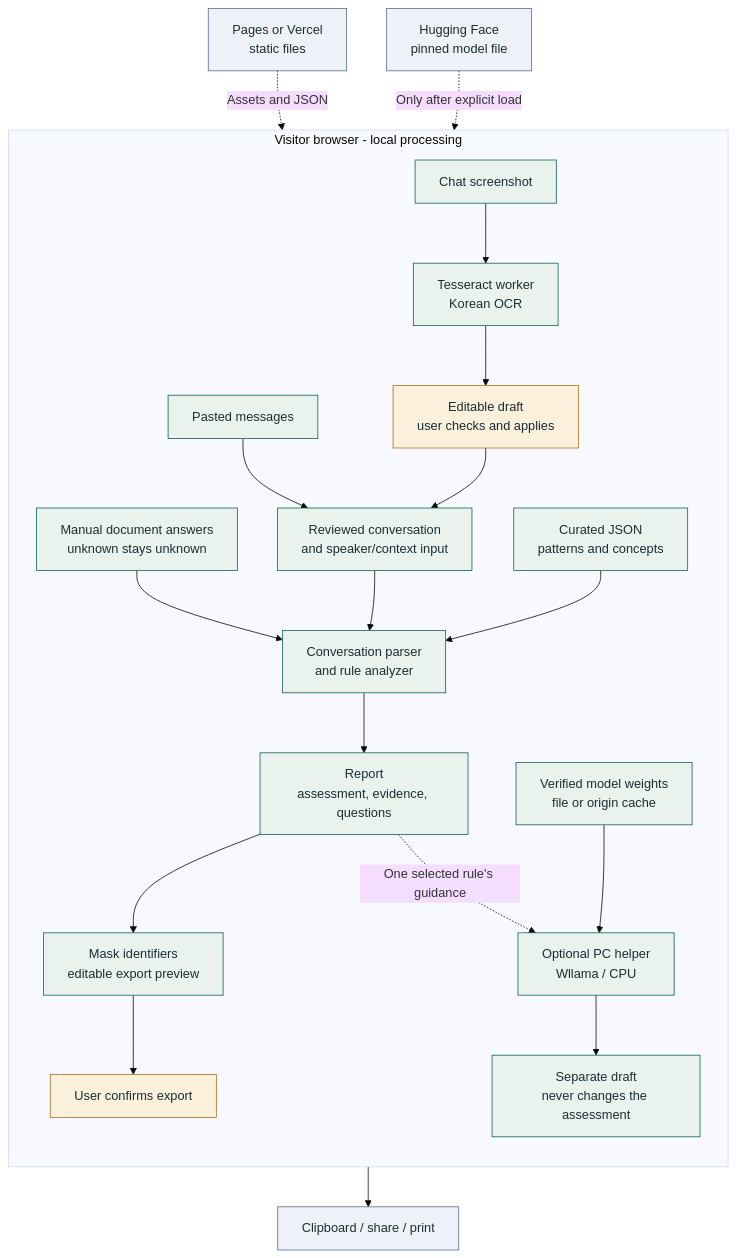
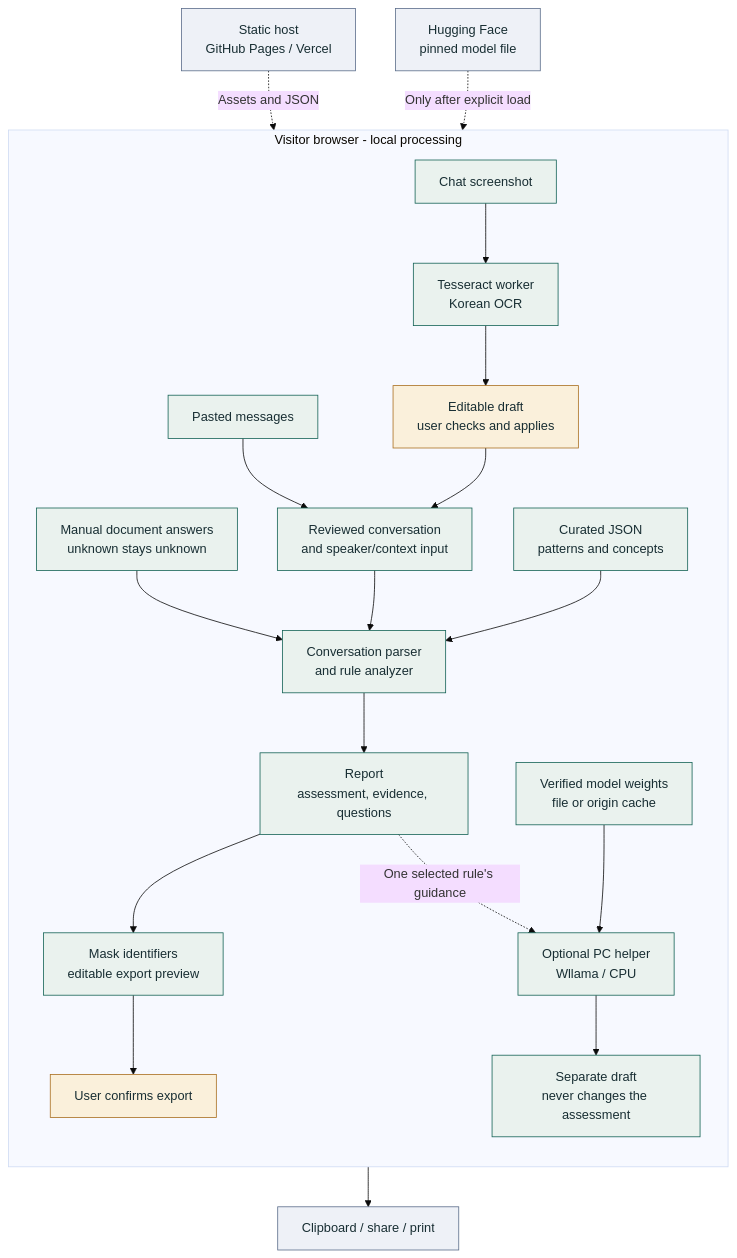
Before and after one commit to S0lluxx26/Project_web_student_support: the second of 4 diagrams in manual/PROJECT_GUIDE.md, drawn with Mermaid (base theme). The commit also changed other lines of this file and 60 other files, not shown here.

````diff
--- a/manual/PROJECT_GUIDE.md
+++ b/manual/PROJECT_GUIDE.md
@@ -191,28 +200,28 @@
 ```mermaid
 flowchart TB
   subgraph Browser["Visitor browser - local processing"]
     direction TB
     Text["Pasted messages"] --> Reviewed["Reviewed conversation<br/>and speaker/context input"]
     Shot["Chat screenshot"] --> OCR["Tesseract worker<br/>Korean OCR"]
     OCR --> Review["Editable draft<br/>user checks and applies"]
     Review --> Reviewed
     Docs["Manual document answers<br/>unknown stays unknown"] --> Rules
     Reviewed --> Rules["Conversation parser<br/>and rule analyzer"]
     Data["Curated JSON<br/>patterns and concepts"] --> Rules
     Rules --> Report["Report<br/>assessment, evidence, questions"]
     Report --> Redact["Mask identifiers<br/>editable export preview"]
     Redact --> Confirm["User confirms export"]
     Report -.->|One selected rule's guidance| AI["Optional PC helper<br/>Wllama / CPU"]
     Weights["Verified model weights<br/>file or origin cache"] --> AI
     AI --> Draft["Separate draft<br/>never changes the assessment"]
   end
-  Host["Pages or Vercel<br/>static files"] -.->|Assets and JSON| Data
+  Host["Static host<br/>GitHub Pages / Vercel"] -.->|Assets and JSON| Data
   HF["Hugging Face<br/>pinned model file"] -.->|Only after explicit load| Weights
   Confirm --> Output["Clipboard / share / print"]
   classDef core fill:#eaf2ee,stroke:#146356,color:#182e33
   classDef human fill:#faf0db,stroke:#aa7021,color:#182e33
   classDef external fill:#eef1f7,stroke:#5b6d8a,color:#182e33
   class Text,Reviewed,Shot,OCR,Docs,Rules,Data,Report,Redact,AI,Weights,Draft core
   class Review,Confirm human
   class Host,HF,Output external
 ```
````
